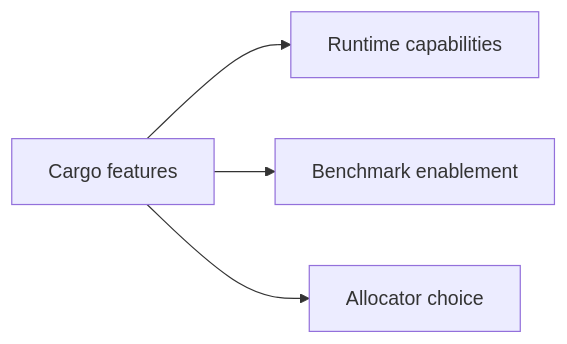
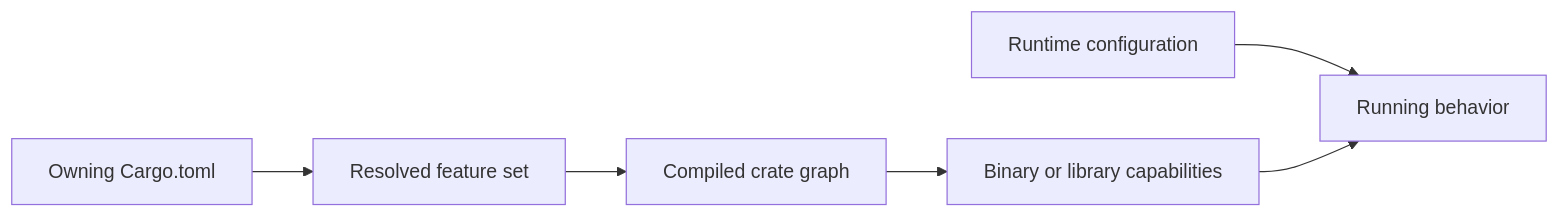
Before and after one commit to bijux/bijux-atlas: the diagram in docs/bijux-atlas/interfaces/feature-flags.md, drawn with Mermaid. The commit also changed other lines of this file and 2 other files, not shown here.

Commit message:
docs(interfaces): correct policy features and config semantics

````diff
--- a/docs/bijux-atlas/interfaces/feature-flags.md
+++ b/docs/bijux-atlas/interfaces/feature-flags.md
@@ -17,6 +18,8 @@
 ```mermaid
 flowchart LR
-    Features[Cargo features] --> Runtime[Runtime capabilities]
-    Features --> Bench[Benchmark enablement]
-    Features --> Allocator[Allocator choice]
+    Manifest[Owning Cargo.toml] --> Selection[Resolved feature set]
+    Selection --> Compile[Compiled crate graph]
+    Compile --> Binary[Binary or library capabilities]
+    RuntimeConfig[Runtime configuration] --> Process[Running behavior]
+    Binary --> Process
 ```
````
